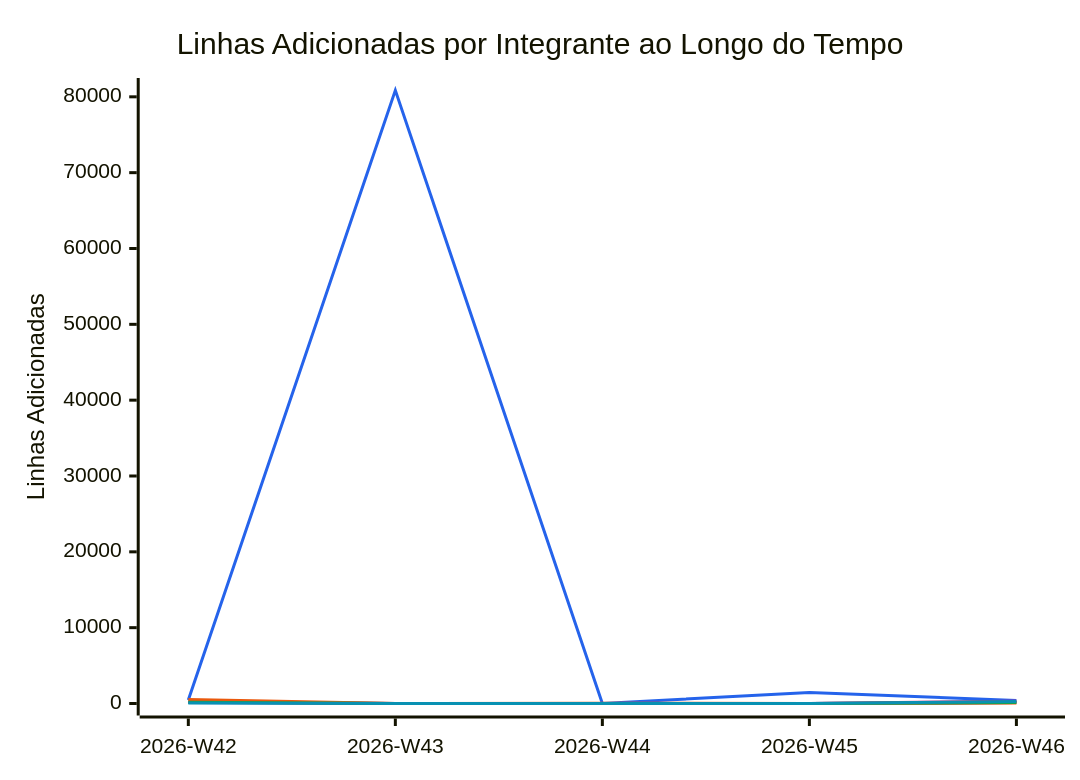
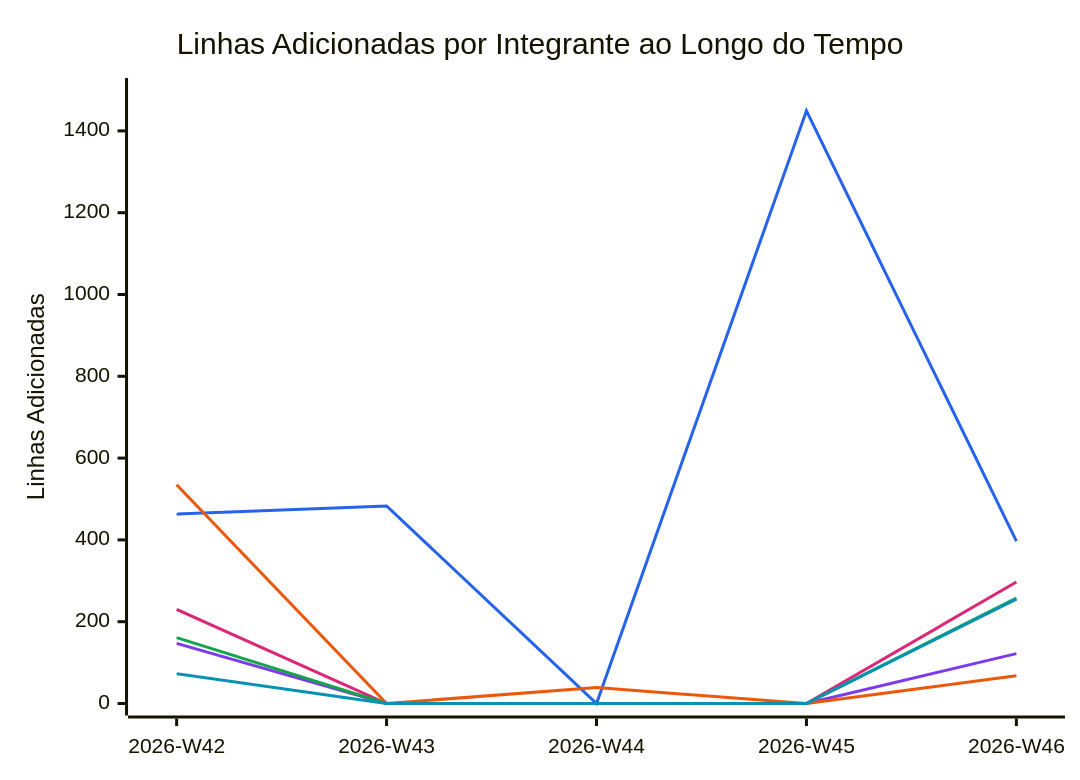
One commit to FCTE-Qualidade-de-Software-1/2026-2_T02_KAY_MCNULTY changed the diagram in snippets/code-additions.mmd. Above: the diagram before and after it, drawn with Mermaid. The commit also changed 10 other files, not shown here.

```diff
--- a/snippets/code-additions.mmd
+++ b/snippets/code-additions.mmd
@@ -1,11 +1,11 @@
 %%{init: {"themeVariables": {"xyChart": {"plotColorPalette": "#2563eb, #7c3aed, #db2777, #ea580c, #16a34a, #0891b2"}}}}%%
 xychart-beta
     title "Linhas Adicionadas por Integrante ao Longo do Tempo"
     x-axis ["2026-W42", "2026-W43", "2026-W44", "2026-W45", "2026-W46"]
-    y-axis "Linhas Adicionadas" 0 --> 80900
-    line [463, 80854, 0, 1449, 397]
+    y-axis "Linhas Adicionadas" 0 --> 1500
+    line [463, 483, 0, 1449, 397]
     line [147, 0, 0, 0, 122]
     line [230, 0, 0, 0, 297]
     line [535, 0, 39, 0, 68]
-    line [161, 0, 0, 0, 116]
+    line [161, 0, 0, 0, 258]
     line [73, 0, 0, 0, 255]
```
